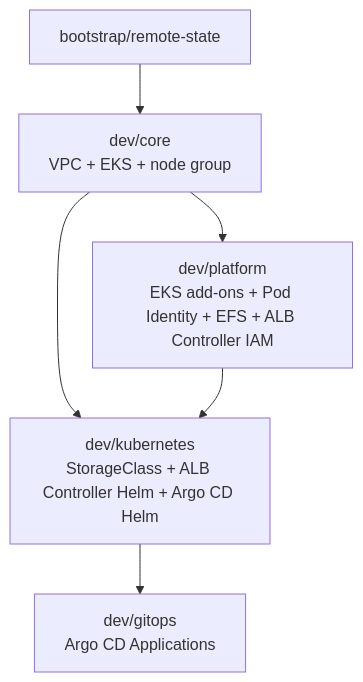
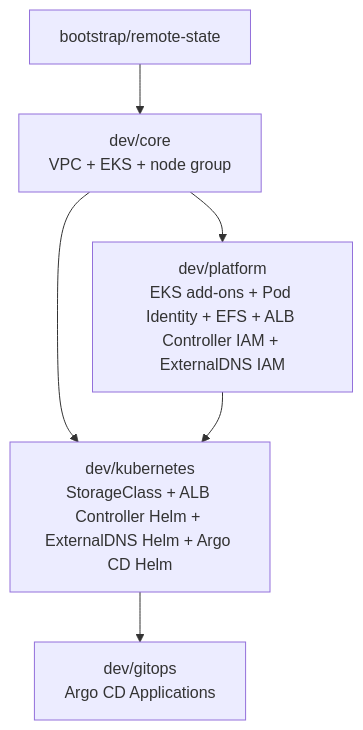
One commit to akamclovis/aws-EKS-Cluster-terraform-code changed the diagram in README.md. Above: the diagram before and after it, drawn with Mermaid. The commit also changed other lines of this file and 15 other files, not shown here.

Commit message:
Add ExternalDNS with EKS Pod Identity

````diff
--- a/README.md
+++ b/README.md
@@ -95,14 +98,14 @@
 ```mermaid
 flowchart TD
   Bootstrap["bootstrap/remote-state"]
   Core["dev/core<br/>VPC + EKS + node group"]
-  Platform["dev/platform<br/>EKS add-ons + Pod Identity + EFS + ALB Controller IAM"]
-  Kubernetes["dev/kubernetes<br/>StorageClass + ALB Controller Helm + Argo CD Helm"]
+  Platform["dev/platform<br/>EKS add-ons + Pod Identity + EFS + ALB Controller IAM + ExternalDNS IAM"]
+  Kubernetes["dev/kubernetes<br/>StorageClass + ALB Controller Helm + ExternalDNS Helm + Argo CD Helm"]
   GitOps["dev/gitops<br/>Argo CD Applications"]
 
   Bootstrap --> Core
   Core --> Platform
   Core --> Kubernetes
   Platform --> Kubernetes
   Kubernetes --> GitOps
 ```
````
